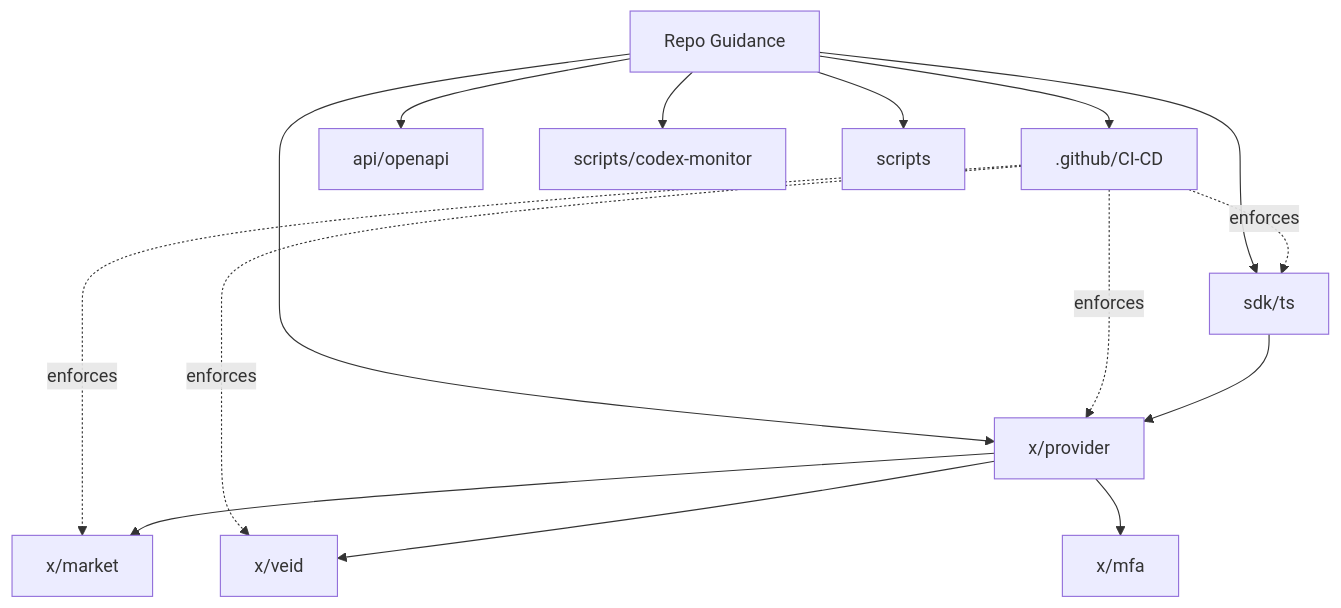
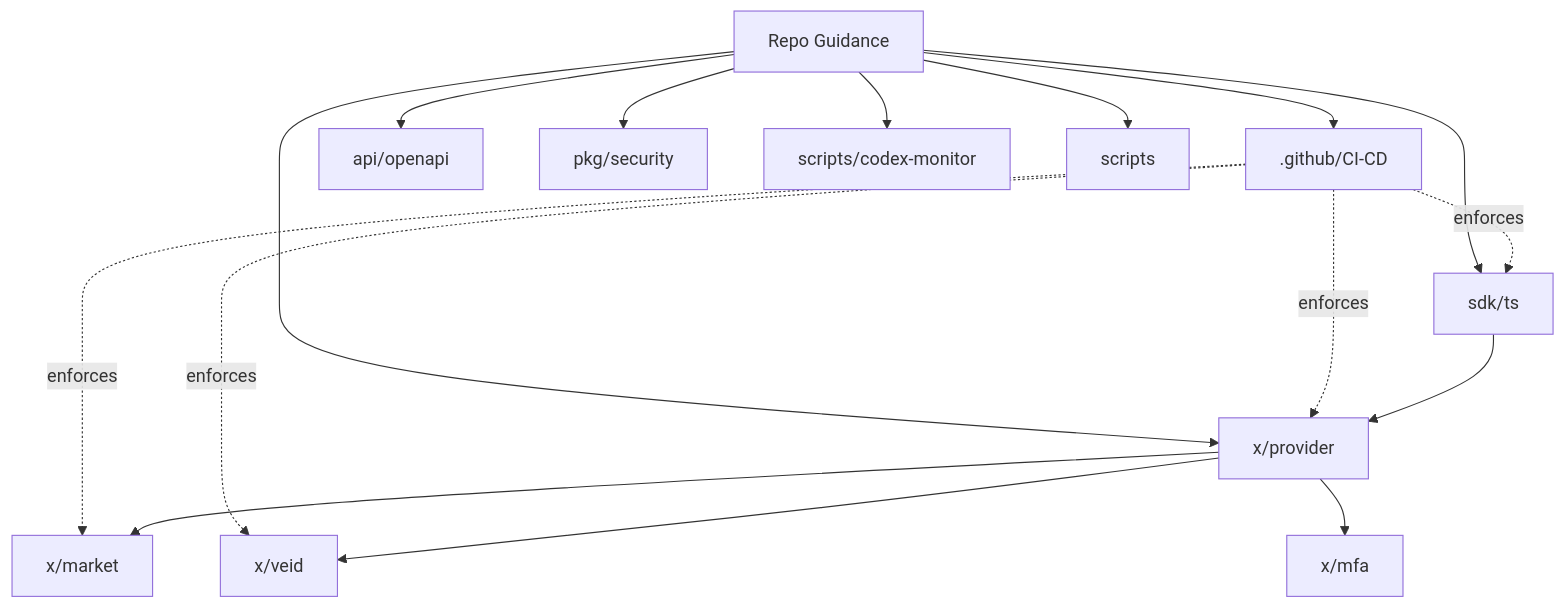
Before and after one commit to virtengine/virtengine: the diagram in docs/AGENTS_INDEX.md, drawn with Mermaid. The commit also changed other lines of this file and 2 other files, not shown here.

Commit message:
fix(app): harden path validator symlink checks

````diff
--- a/docs/AGENTS_INDEX.md
+++ b/docs/AGENTS_INDEX.md
@@ -19,30 +20,32 @@
 ```mermaid
 flowchart TD
   Root[Repo Guidance]
   CI[.github/CI-CD]
   API[api/openapi]
+  Security[pkg/security]
   Provider[x/provider]
   SDK[sdk/ts]
   Monitor[scripts/codex-monitor]
   Scripts[scripts]
   Market[x/market]
   VEID[x/veid]
   MFA[x/mfa]
 
   Root --> CI
   Root --> API
+  Root --> Security
   Root --> Provider
   Root --> SDK
   Root --> Monitor
   Root --> Scripts
 
   CI -.enforces.-> Provider
   CI -.enforces.-> SDK
   CI -.enforces.-> Market
   CI -.enforces.-> VEID
 
   Provider --> Market
   Provider --> VEID
   Provider --> MFA
   SDK --> Provider
 ```
````
